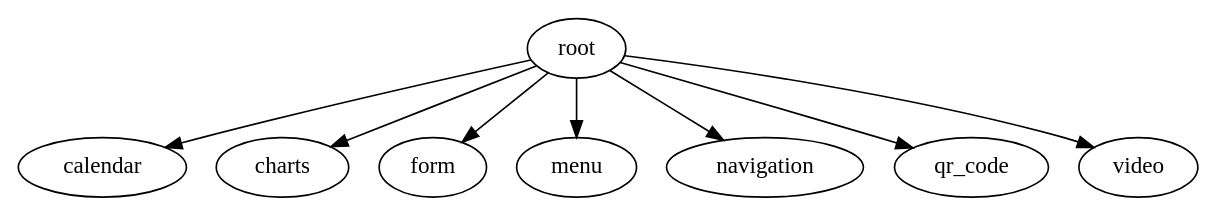
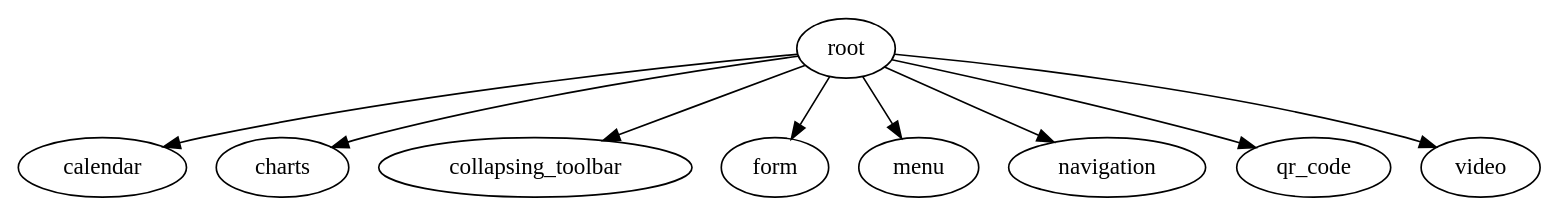
The diagram in features/module_graph/modules.dot (VitalyPerm/MobileUp-Android-Samples), drawn with Graphviz before and after one commit. The commit also changed 21 other files, not shown here.

Commit message:
Create custom collapsing toolbar

```diff
--- a/features/module_graph/modules.dot
+++ b/features/module_graph/modules.dot
@@ -1,17 +1,19 @@
 digraph {
 calendar
 charts
+collapsing_toolbar
 form
 menu
 navigation
 qr_code
 root
 video
 root -> calendar
 root -> charts
+root -> collapsing_toolbar
 root -> form
 root -> menu
 root -> navigation
 root -> qr_code
 root -> video
 }
```
